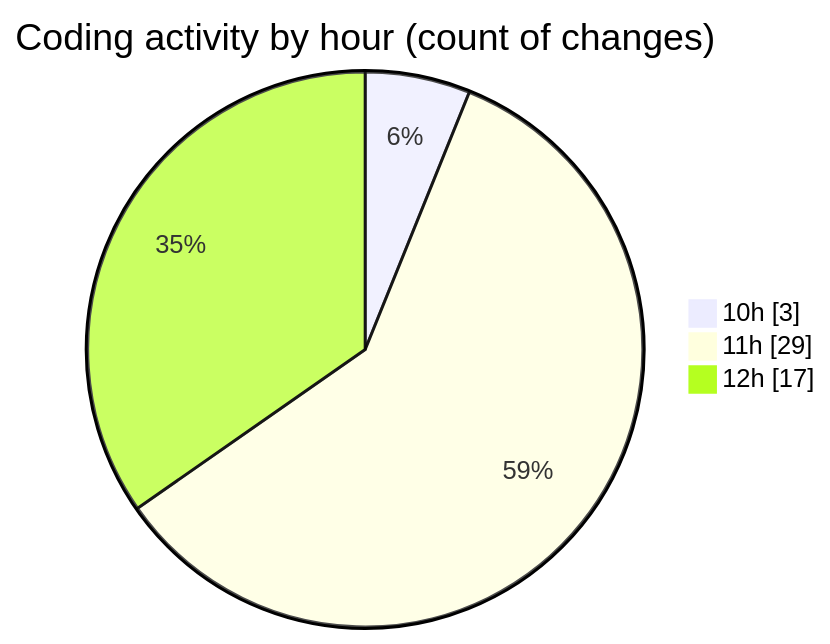
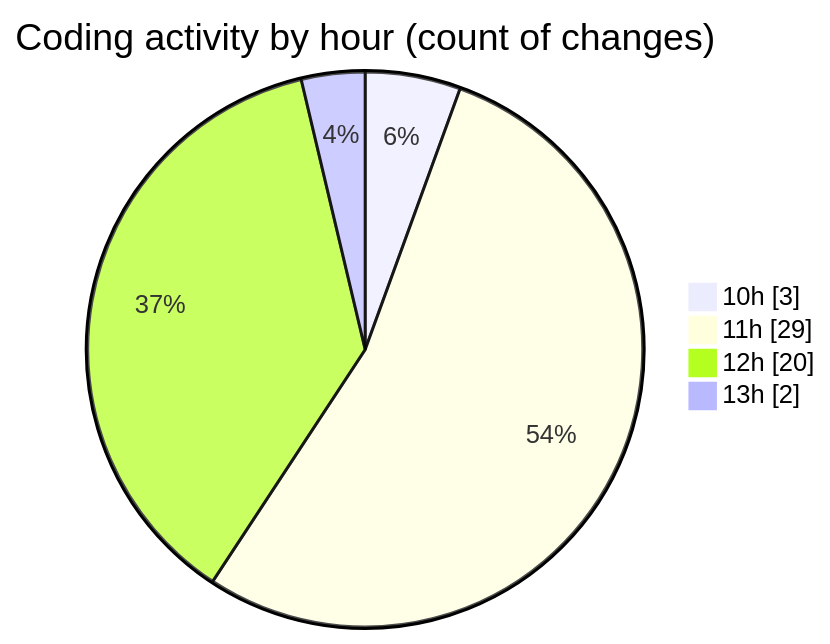
One commit to EIIisD/code-tracking changed the second of 2 diagrams in 2025-08-14/ribbon/README.md. Above: the diagram before and after it, drawn with Mermaid. The commit also changed other lines of this file and 1 other file, not shown here.

````diff
--- a/2025-08-14/ribbon/README.md
+++ b/2025-08-14/ribbon/README.md
@@ -37,7 +37,8 @@
 ```mermaid
 pie showData
 title Coding activity by hour (count of changes)
 "10h" : 3
 "11h" : 29
-"12h" : 17
+"12h" : 20
+"13h" : 2
 ```
````
